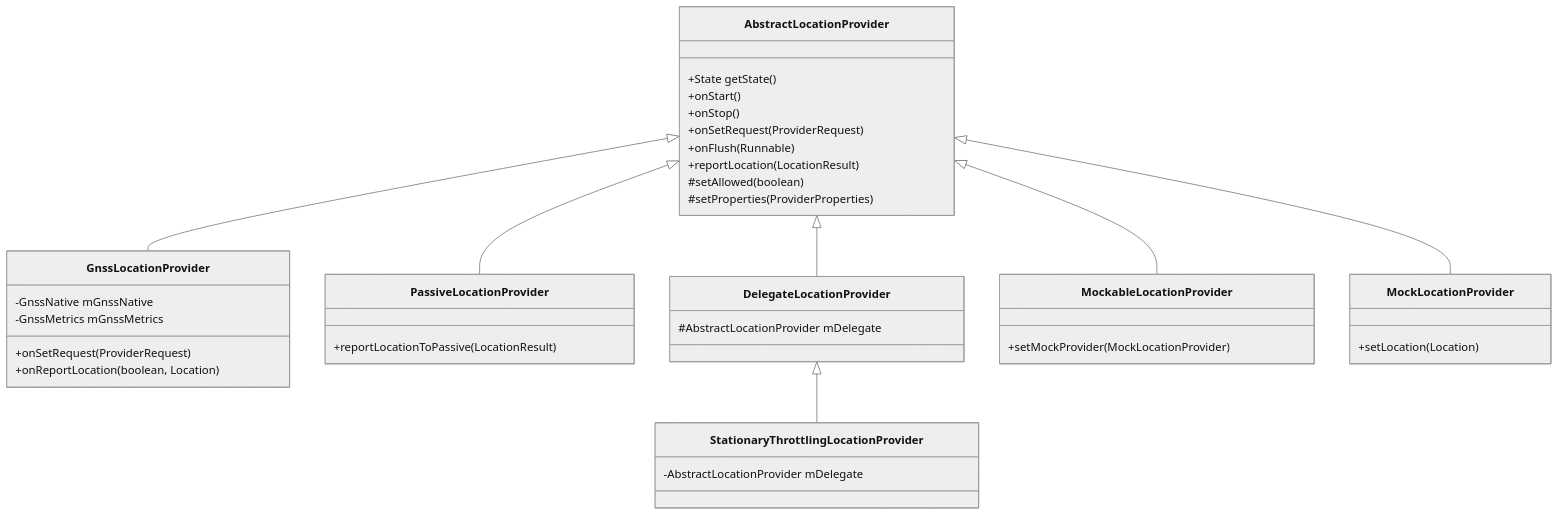
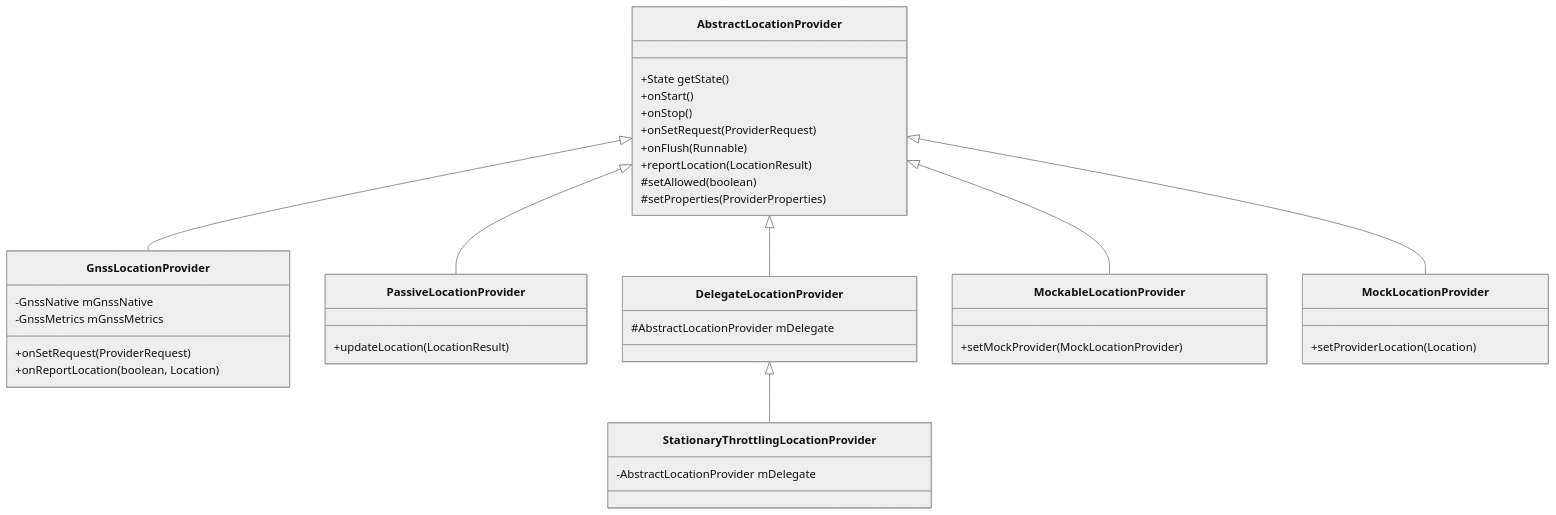
The second of 25 diagrams in 33-location.md (aospbooks/aosp-internal-book), drawn with Mermaid (neutral theme) before and after one commit. The commit also changed other lines of this file and 218 other files, not shown here.

````diff
--- a/33-location.md
+++ b/33-location.md
@@ -271,47 +273,47 @@
 ```mermaid
 classDiagram
     class AbstractLocationProvider {
         +State getState()
         +onStart()
         +onStop()
         +onSetRequest(ProviderRequest)
         +onFlush(Runnable)
         +reportLocation(LocationResult)
         #setAllowed(boolean)
         #setProperties(ProviderProperties)
     }
 
     class GnssLocationProvider {
         -GnssNative mGnssNative
         -GnssMetrics mGnssMetrics
         +onSetRequest(ProviderRequest)
         +onReportLocation(boolean, Location)
     }
 
     class PassiveLocationProvider {
-        +reportLocationToPassive(LocationResult)
+        +updateLocation(LocationResult)
     }
 
     class DelegateLocationProvider {
         #AbstractLocationProvider mDelegate
     }
 
     class StationaryThrottlingLocationProvider {
         -AbstractLocationProvider mDelegate
     }
 
     class MockableLocationProvider {
         +setMockProvider(MockLocationProvider)
     }
 
     class MockLocationProvider {
-        +setLocation(Location)
+        +setProviderLocation(Location)
     }
 
     AbstractLocationProvider <|-- GnssLocationProvider
     AbstractLocationProvider <|-- PassiveLocationProvider
     AbstractLocationProvider <|-- MockLocationProvider
     AbstractLocationProvider <|-- MockableLocationProvider
     AbstractLocationProvider <|-- DelegateLocationProvider
     DelegateLocationProvider <|-- StationaryThrottlingLocationProvider
 ```
````
